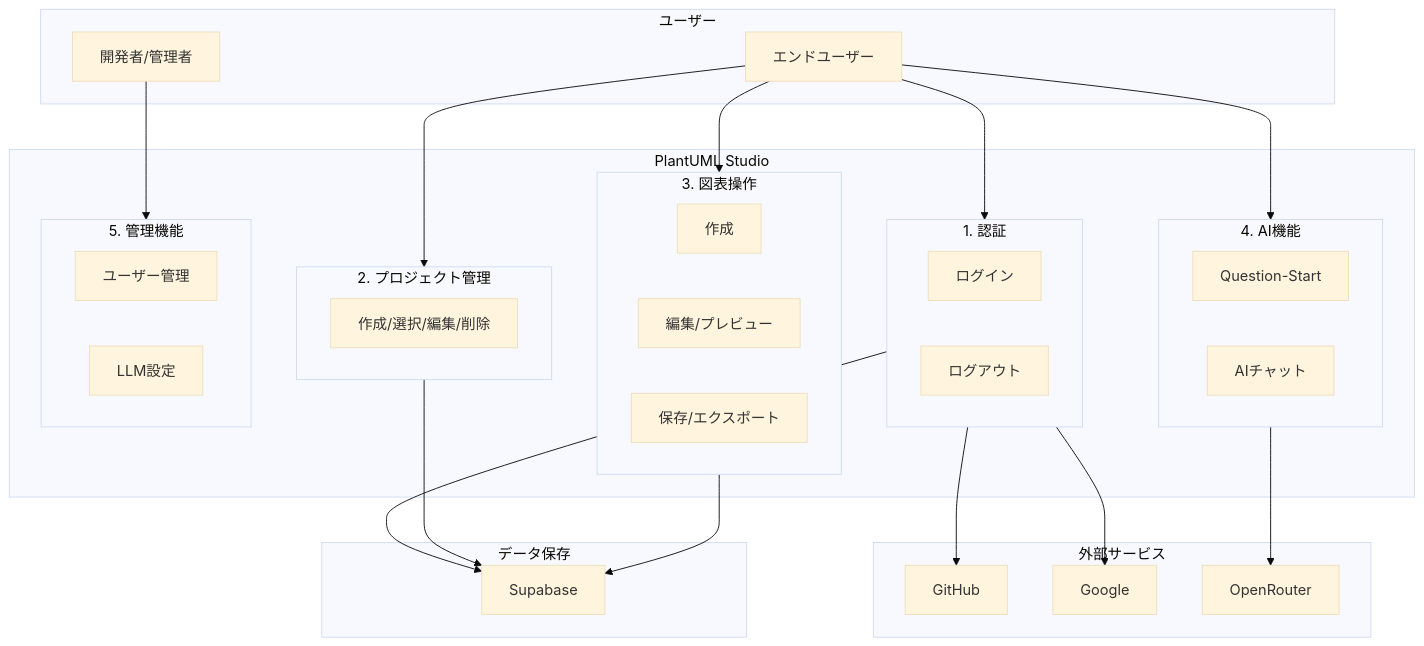
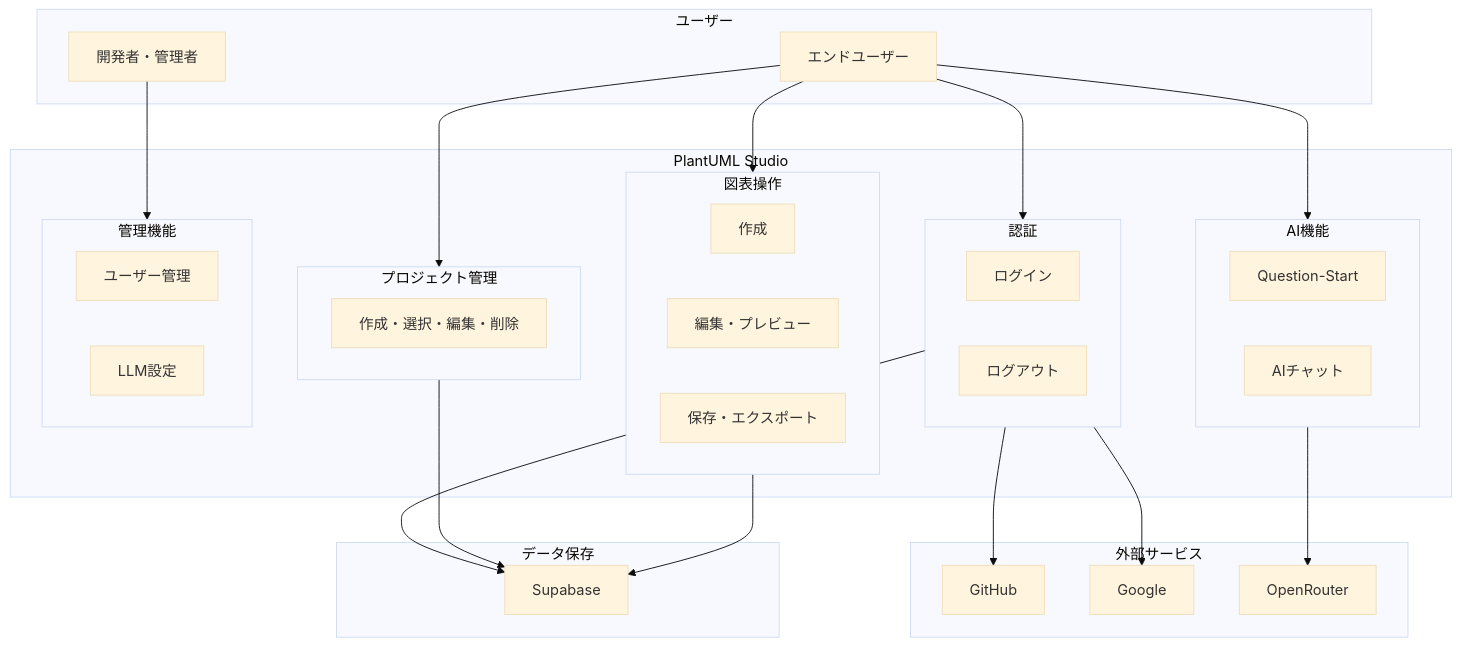
One commit to yoshiwo3/PlantUML2_Opus4.5 changed the first of 33 diagrams in docs/proposals/PlantUML_Studio_機能一覧表_20251213.md. Above: the diagram before and after it, drawn with Mermaid (base theme). The commit also changed other lines of this file and 9 other files, not shown here.

First line of the commit message:
docs: クラス図 v1.7 100点達成・機能一覧表 v3.12 §12整合版

````diff
--- a/docs/proposals/PlantUML_Studio_機能一覧表_20251213.md
+++ b/docs/proposals/PlantUML_Studio_機能一覧表_20251213.md
@@ -68,57 +82,57 @@
 ```mermaid
 flowchart TB
-    subgraph Users["ユーザー"]
-        EU["エンドユーザー"]
-        DEV["開発者/管理者"]
+    subgraph Users[ユーザー]
+        EU[エンドユーザー]
+        DEV[開発者・管理者]
     end
 
-    subgraph App["PlantUML Studio"]
-        subgraph Auth["1. 認証"]
-            LOGIN["ログイン"]
-            LOGOUT["ログアウト"]
+    subgraph App[PlantUML Studio]
+        subgraph Auth[認証]
+            LOGIN[ログイン]
+            LOGOUT[ログアウト]
         end
 
-        subgraph Project["2. プロジェクト管理"]
-            PRJ_CRUD["作成/選択/編集/削除"]
+        subgraph Project[プロジェクト管理]
+            PRJ_CRUD[作成・選択・編集・削除]
         end
 
-        subgraph Diagram["3. 図表操作"]
-            DGM_CREATE["作成"]
-            DGM_EDIT["編集/プレビュー"]
-            DGM_SAVE["保存/エクスポート"]
+        subgraph Diagram[図表操作]
+            DGM_CREATE[作成]
+            DGM_EDIT[編集・プレビュー]
+            DGM_SAVE[保存・エクスポート]
         end
 
-        subgraph AI["4. AI機能"]
-            AI_QS["Question-Start"]
-            AI_CHAT["AIチャット"]
+        subgraph AI[AI機能]
+            AI_QS[Question-Start]
+            AI_CHAT[AIチャット]
         end
 
-        subgraph Admin["5. 管理機能"]
-            ADM_USER["ユーザー管理"]
-            ADM_LLM["LLM設定"]
+        subgraph Admin[管理機能]
+            ADM_USER[ユーザー管理]
+            ADM_LLM[LLM設定]
         end
     end
 
-    subgraph External["外部サービス"]
-        GITHUB["GitHub"]
-        GOOGLE["Google"]
-        OPENROUTER["OpenRouter"]
+    subgraph External[外部サービス]
+        GITHUB[GitHub]
+        GOOGLE[Google]
+        OPENROUTER[OpenRouter]
     end
 
-    subgraph Storage["データ保存"]
-        SUPABASE["Supabase"]
+    subgraph Storage[データ保存]
+        SUPABASE[Supabase]
     end
 
     EU --> Auth
     EU --> Project
     EU --> Diagram
     EU --> AI
     DEV --> Admin
 
     Auth --> GITHUB
     Auth --> GOOGLE
     Auth --> SUPABASE
     Project --> SUPABASE
     Diagram --> SUPABASE
     AI --> OPENROUTER
 ```
````
